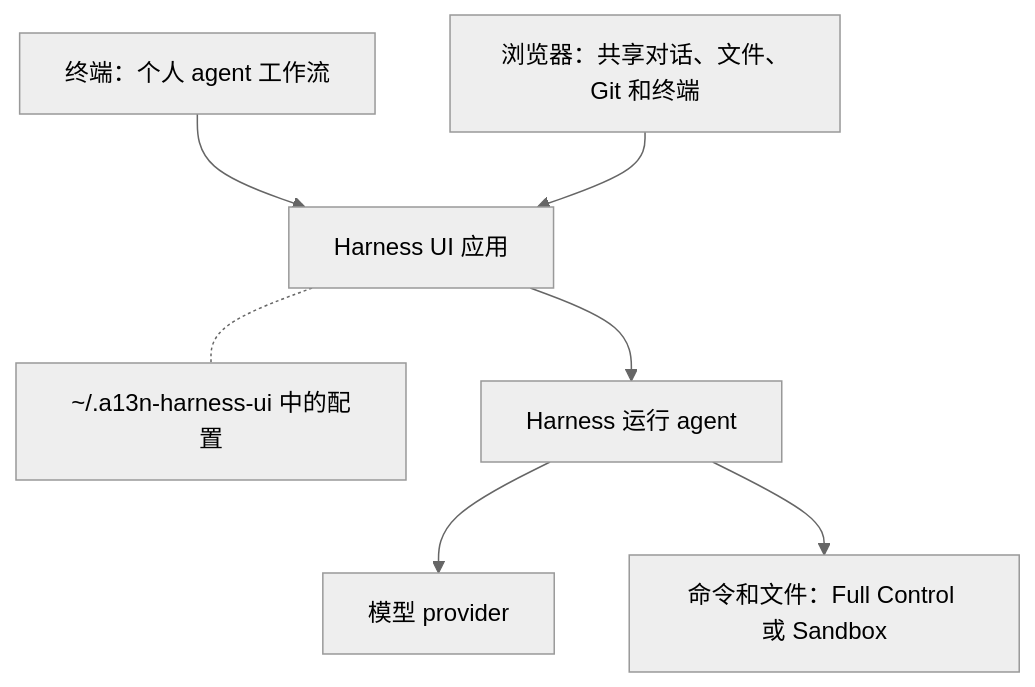
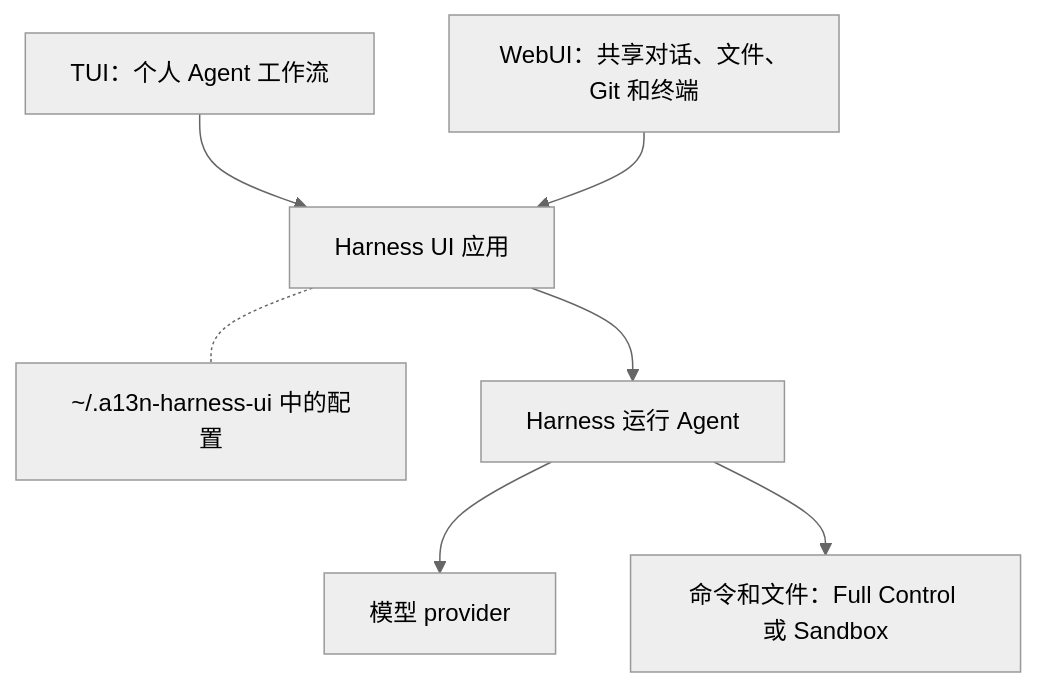
Before and after one commit to converge-ai-labs/agent-foundation: the diagram in docs/a13n-harness-ui/index.zh-CN.md, drawn with Mermaid (neutral theme). The commit also changed other lines of this file and 199 other files, not shown here.

````diff
--- a/docs/a13n-harness-ui/index.zh-CN.md
+++ b/docs/a13n-harness-ui/index.zh-CN.md
@@ -11,14 +11,14 @@
 ```mermaid
 flowchart TB
-    Terminal["终端：个人 agent 工作流"] --> App["Harness UI 应用"]
-    Browser["浏览器：共享对话、文件、Git 和终端"] --> App
+    Terminal["TUI：个人 Agent 工作流"] --> App["Harness UI 应用"]
+    Browser["WebUI：共享对话、文件、Git 和终端"] --> App
     App <-.- Config["~/.a13n-harness-ui 中的配置"]
-    App --> Harness["Harness 运行 agent"]
+    App --> Harness["Harness 运行 Agent"]
     Harness --> Model["模型 provider"]
     Harness --> Execution["命令和文件：Full Control 或 Sandbox"]
 
     class Terminal,Browser app
     class App,Harness a13n
     class Config store
     class Model,Execution ext
 ```
````
